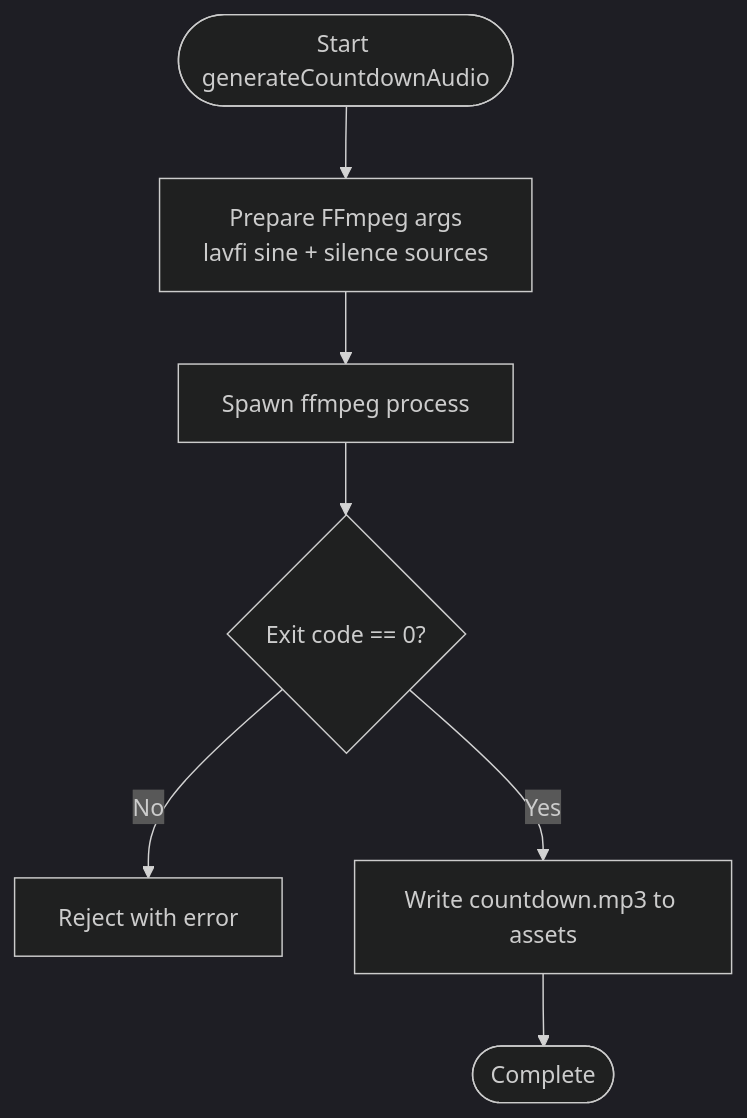
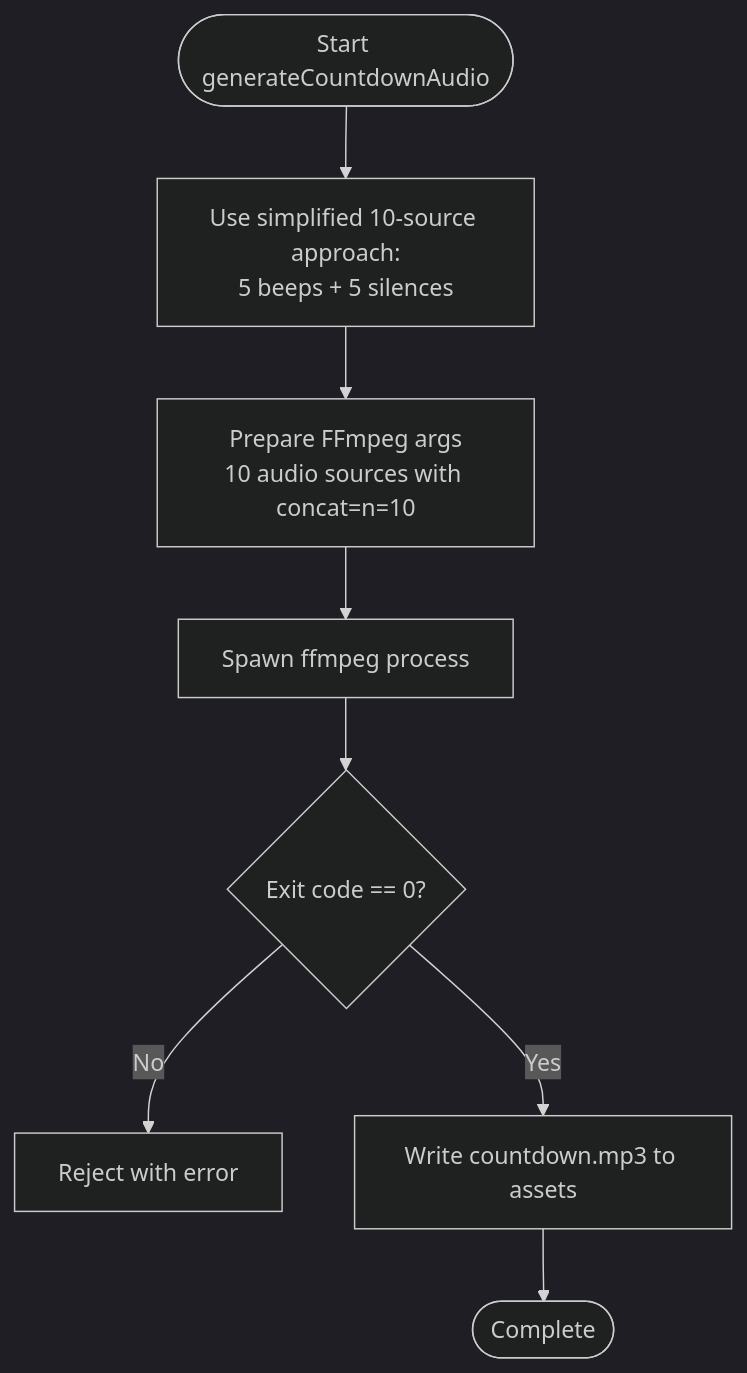
One commit to dkoukoul/kpop-random-dance-generator changed the fourth of 8 diagrams in .qoder/repowiki/en/content/Core Services Architecture/Audio Processing Service.md. Above: the diagram before and after it, drawn with Mermaid (dark theme). The commit also changed other lines of this file and 6 other files, not shown here.

````diff
--- a/.qoder/repowiki/en/content/Core Services Architecture/Audio Processing Service.md
+++ b/.qoder/repowiki/en/content/Core Services Architecture/Audio Processing Service.md
@@ -171,9 +179,10 @@
 ```mermaid
 flowchart TD
-GenStart(["Start generateCountdownAudio"]) --> BuildArgs["Prepare FFmpeg args<br/>lavfi sine + silence sources"]
+GenStart(["Start generateCountdownAudio"]) --> SimpleApproach["Use simplified 10-source approach:<br/>5 beeps + 5 silences"]
+SimpleApproach --> BuildArgs["Prepare FFmpeg args<br/>10 audio sources with concat=n=10"]
 BuildArgs --> SpawnProc["Spawn ffmpeg process"]
 SpawnProc --> ProcOK{"Exit code == 0?"}
 ProcOK --> |No| FailGen["Reject with error"]
 ProcOK --> |Yes| WriteOut["Write countdown.mp3 to assets"]
 WriteOut --> GenDone(["Complete"])
 ```
````
